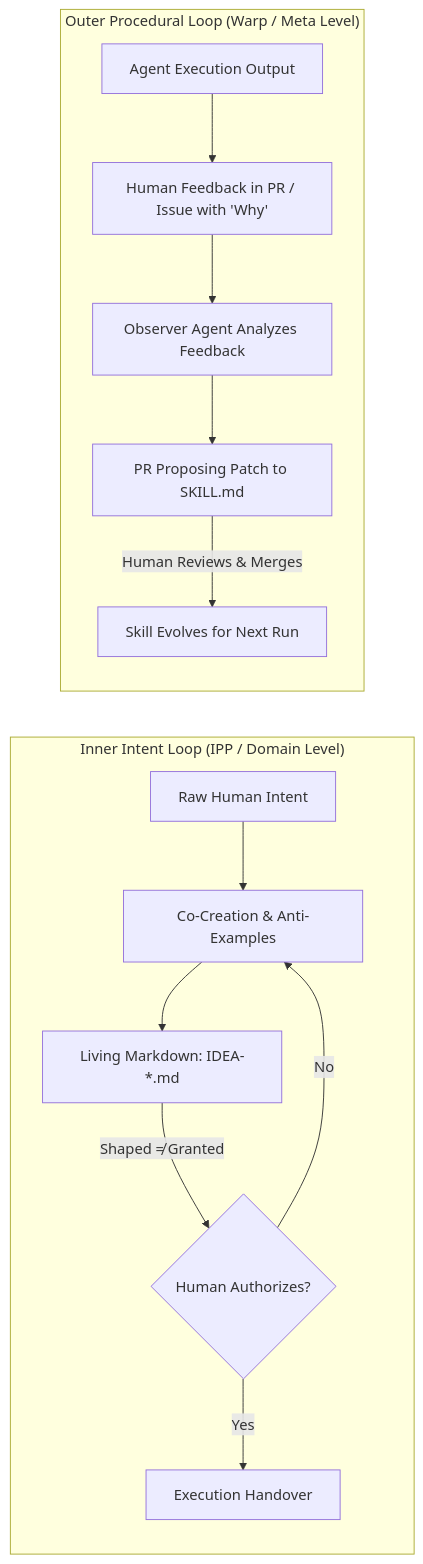
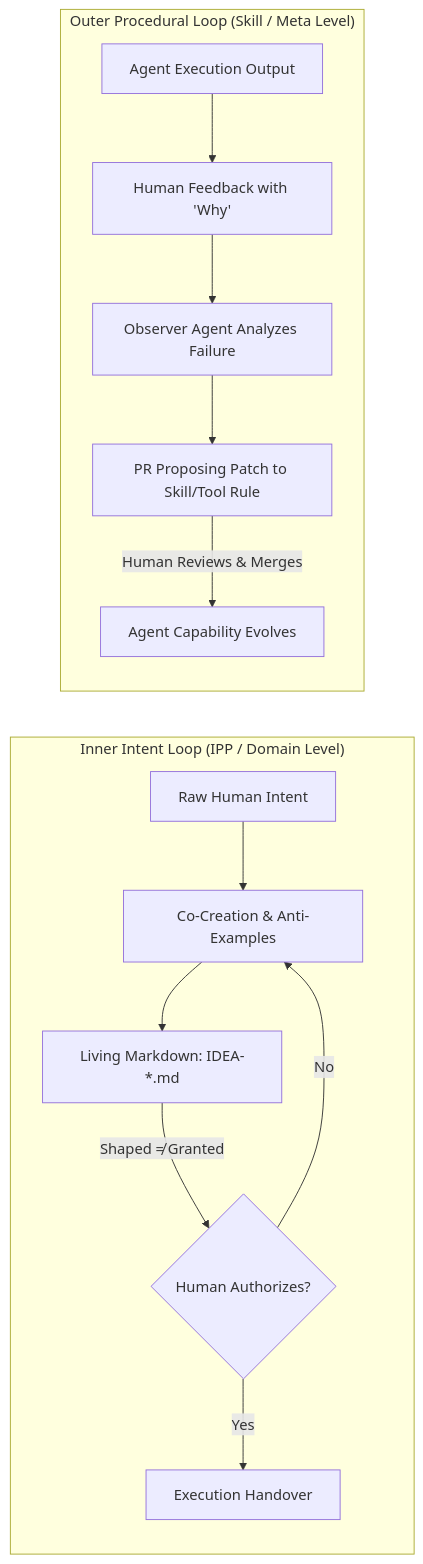
One commit to isdou/intent-preserving-protocol changed the second of 2 diagrams in README.md. Above: the diagram before and after it, drawn with Mermaid. The commit also changed other lines of this file and 1 other file, not shown here.

Commit message:
docs: generalize Dual-Loop Co-Evolution model to be fully vendor-neutral

````diff
--- a/README.md
+++ b/README.md
@@ -77,17 +77,17 @@
 ```mermaid
 graph LR
     subgraph InnerLoop["Inner Intent Loop (IPP / Domain Level)"]
         H1[Raw Human Intent] --> H2[Co-Creation & Anti-Examples]
         H2 --> H3[Living Markdown: IDEA-*.md]
         H3 -->|Shaped ≠ Granted| H4{Human Authorizes?}
         H4 -->|Yes| H5[Execution Handover]
         H4 -->|No| H2
     end
 
-    subgraph OuterLoop["Outer Procedural Loop (Warp / Meta Level)"]
-        W1[Agent Execution Output] --> W2[Human Feedback in PR / Issue with 'Why']
-        W2 --> W3[Observer Agent Analyzes Feedback]
-        W3 --> W4[PR Proposing Patch to SKILL.md]
-        W4 -->|Human Reviews & Merges| W5[Skill Evolves for Next Run]
+    subgraph OuterLoop["Outer Procedural Loop (Skill / Meta Level)"]
+        W1[Agent Execution Output] --> W2[Human Feedback with 'Why']
+        W2 --> W3[Observer Agent Analyzes Failure]
+        W3 --> W4[PR Proposing Patch to Skill/Tool Rule]
+        W4 -->|Human Reviews & Merges| W5[Agent Capability Evolves]
     end
 ```
````
